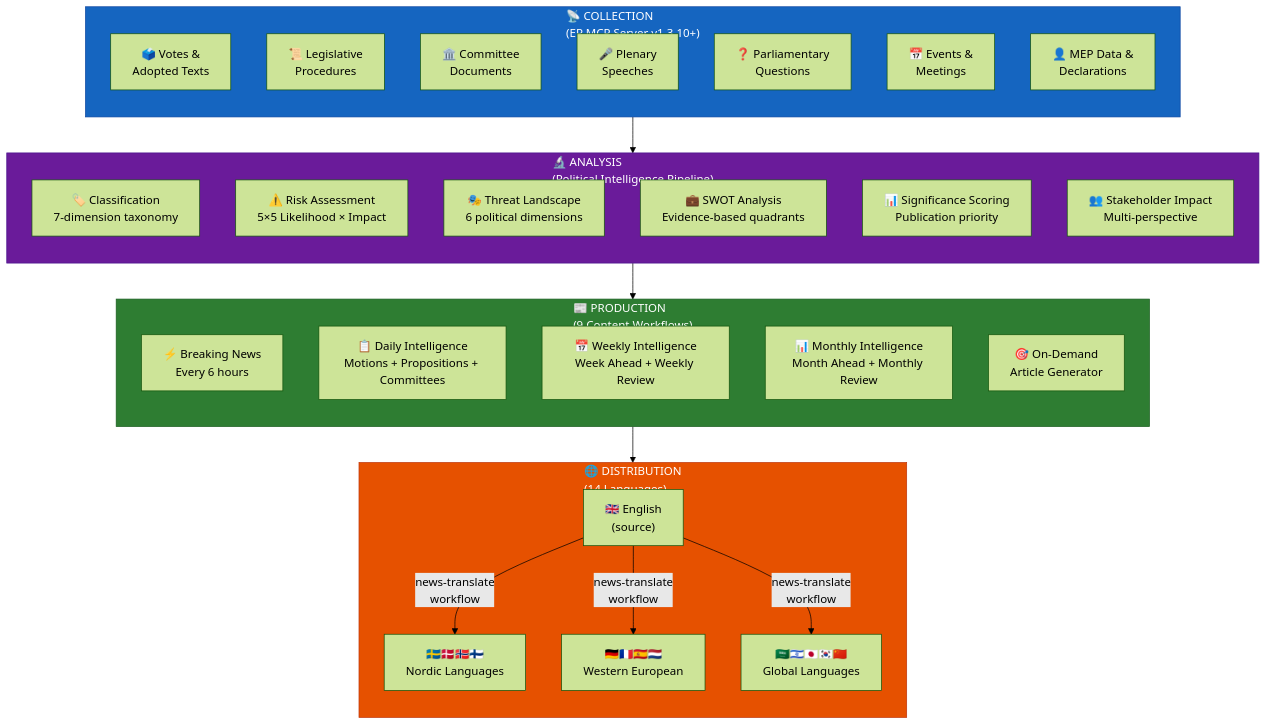
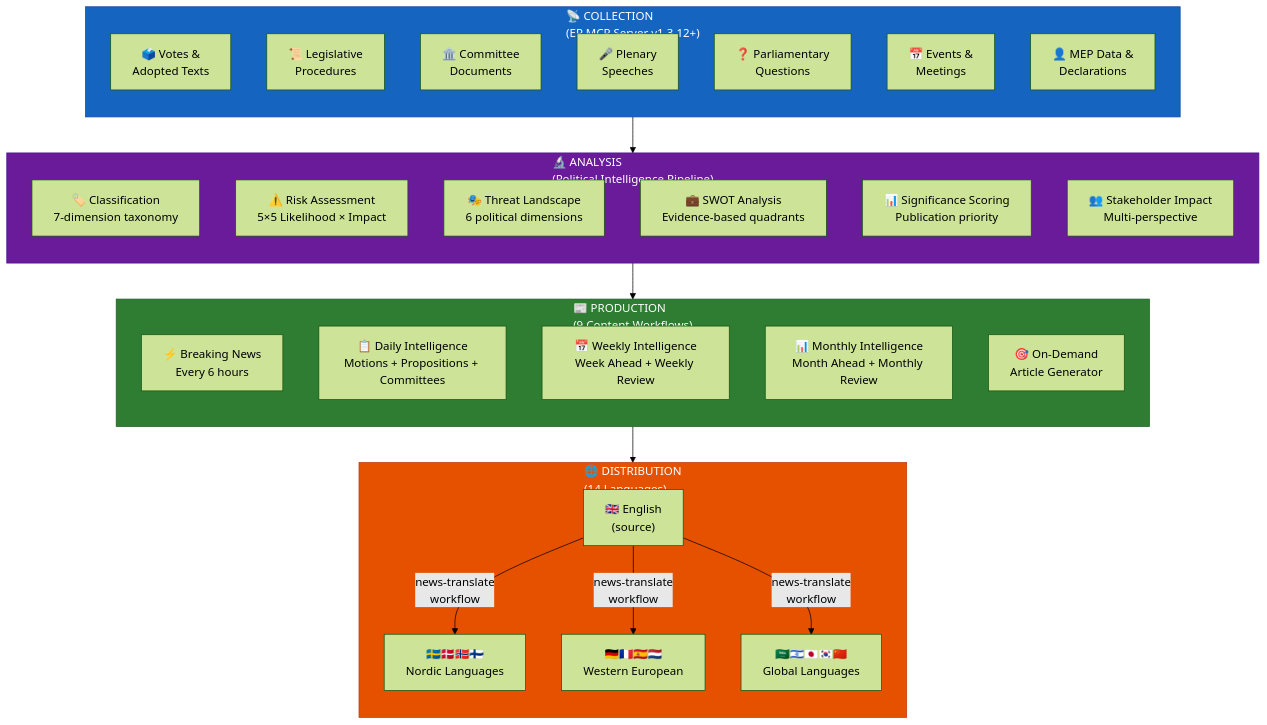
One commit to Hack23/euparliamentmonitor changed diagram 19 of 22 in WORKFLOWS.md. Above: the diagram before and after it, drawn with Mermaid (forest theme). The commit also changed other lines of this file and 55 other files, not shown here.

Commit message:
chore: bump european-parliament-mcp-server references 1.3.10 → 1.3.12

````diff
--- a/WORKFLOWS.md
+++ b/WORKFLOWS.md
@@ -2033,48 +2033,48 @@
 ```mermaid
 flowchart TD
-    subgraph Collection["📡 COLLECTION<br/>(EP MCP Server v1.3.10+)"]
+    subgraph Collection["📡 COLLECTION<br/>(EP MCP Server v1.3.12+)"]
         direction TB
         C1["🗳️ Votes &<br/>Adopted Texts"]
         C2["📜 Legislative<br/>Procedures"]
         C3["🏛️ Committee<br/>Documents"]
         C4["🎤 Plenary<br/>Speeches"]
         C5["❓ Parliamentary<br/>Questions"]
         C6["📅 Events &<br/>Meetings"]
         C7["👤 MEP Data &<br/>Declarations"]
     end
 
     subgraph Analysis["🔬 ANALYSIS<br/>(Political Intelligence Pipeline)"]
         direction TB
         A1["🏷️ Classification<br/>7-dimension taxonomy"]
         A2["⚠️ Risk Assessment<br/>5×5 Likelihood × Impact"]
         A3["🎭 Threat Landscape<br/>6 political dimensions"]
         A4["💼 SWOT Analysis<br/>Evidence-based quadrants"]
         A5["📊 Significance Scoring<br/>Publication priority"]
         A6["👥 Stakeholder Impact<br/>Multi-perspective"]
     end
 
     subgraph Production["📰 PRODUCTION<br/>(9 Content Workflows)"]
         direction TB
         P1["⚡ Breaking News<br/>Every 6 hours"]
         P2["📋 Daily Intelligence<br/>Motions + Propositions + Committees"]
         P3["📅 Weekly Intelligence<br/>Week Ahead + Weekly Review"]
         P4["📊 Monthly Intelligence<br/>Month Ahead + Monthly Review"]
         P5["🎯 On-Demand<br/>Article Generator"]
     end
 
     subgraph Distribution["🌐 DISTRIBUTION<br/>(14 Languages)"]
         direction TB
         D1["🇬🇧 English<br/>(source)"]
         D2["🇸🇪🇩🇰🇳🇴🇫🇮<br/>Nordic Languages"]
         D3["🇩🇪🇫🇷🇪🇸🇳🇱<br/>Western European"]
         D4["🇸🇦🇮🇱🇯🇵🇰🇷🇨🇳<br/>Global Languages"]
     end
 
     Collection --> Analysis --> Production --> D1
     D1 --> |"news-translate<br/>workflow"| D2 & D3 & D4
 
     style Collection fill:#1565C0,stroke:#0D47A1,color:#FFFFFF
     style Analysis fill:#6A1B9A,stroke:#4A148C,color:#FFFFFF
     style Production fill:#2E7D32,stroke:#1B5E20,color:#FFFFFF
     style Distribution fill:#E65100,stroke:#BF360C,color:#FFFFFF
 ```
````
